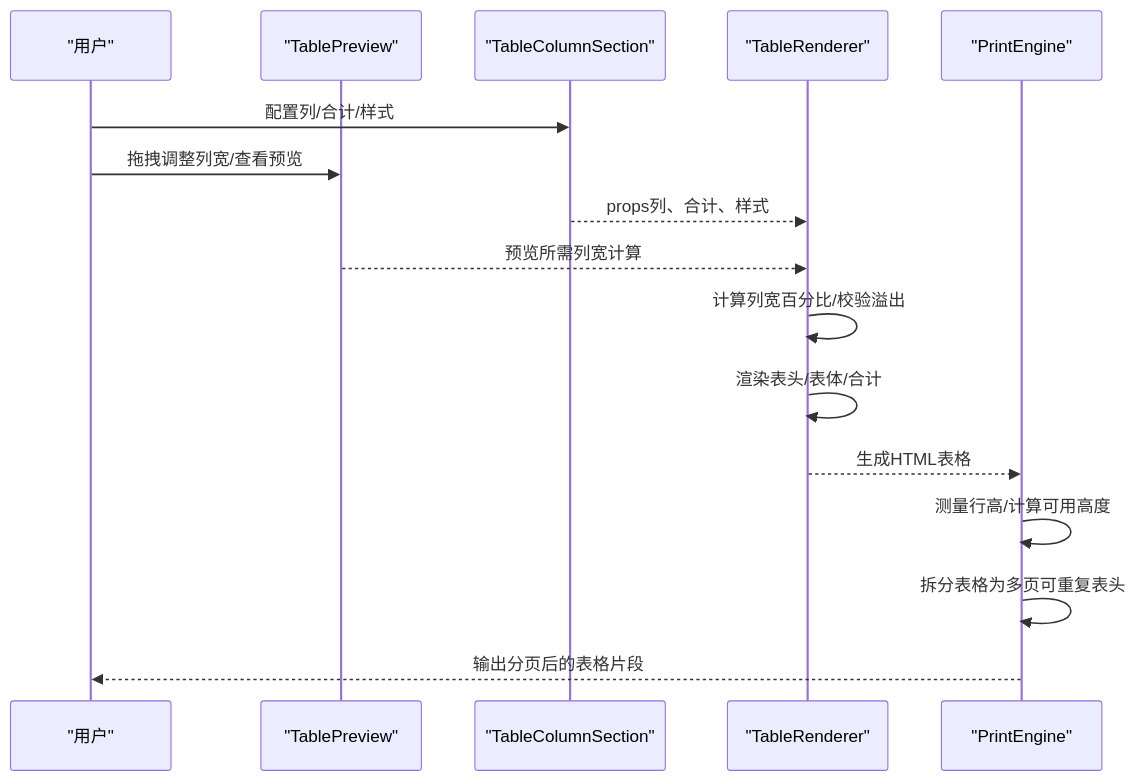
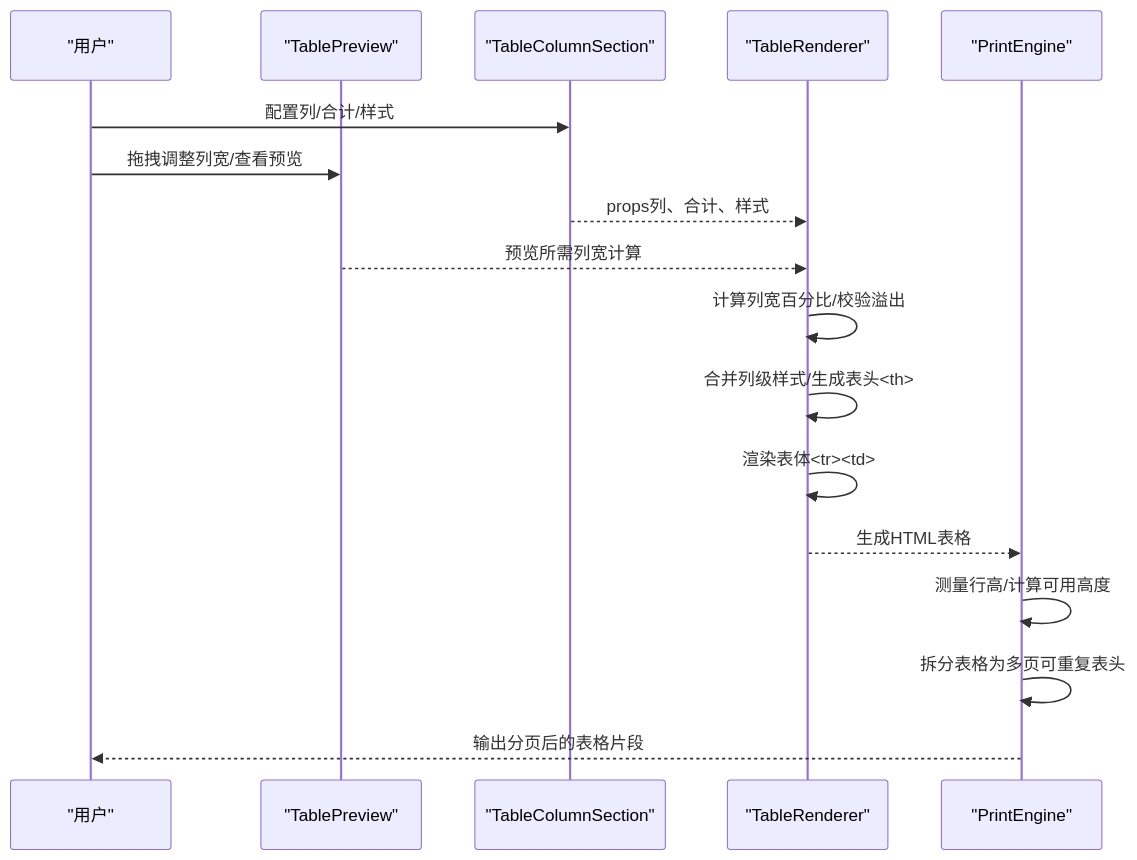
Before and after one commit to joker-yjc/printer: the second of 5 diagrams in .qoder/repowiki/zh/content/项目概述/核心特性/组件库系统/表格组件.md, drawn with Mermaid. The commit also changed other lines of this file and 128 other files, not shown here.

````diff
--- a/.qoder/repowiki/zh/content/项目概述/核心特性/组件库系统/表格组件.md
+++ b/.qoder/repowiki/zh/content/项目概述/核心特性/组件库系统/表格组件.md
@@ -103,18 +113,19 @@
 ```mermaid
 sequenceDiagram
 participant U as "用户"
 participant P as "TablePreview"
 participant C as "TableColumnSection"
 participant R as "TableRenderer"
 participant E as "PrintEngine"
 U->>C : 配置列/合计/样式
 U->>P : 拖拽调整列宽/查看预览
 C-->>R : props列、合计、样式
 P-->>R : 预览所需列宽计算
 R->>R : 计算列宽百分比/校验溢出
-R->>R : 渲染表头/表体/合计
+R->>R : 合并列级样式/生成表头<th>
+R->>R : 渲染表体<tr><td>
 R-->>E : 生成HTML表格
 E->>E : 测量行高/计算可用高度
 E->>E : 拆分表格为多页可重复表头
 E-->>U : 输出分页后的表格片段
 ```
````
